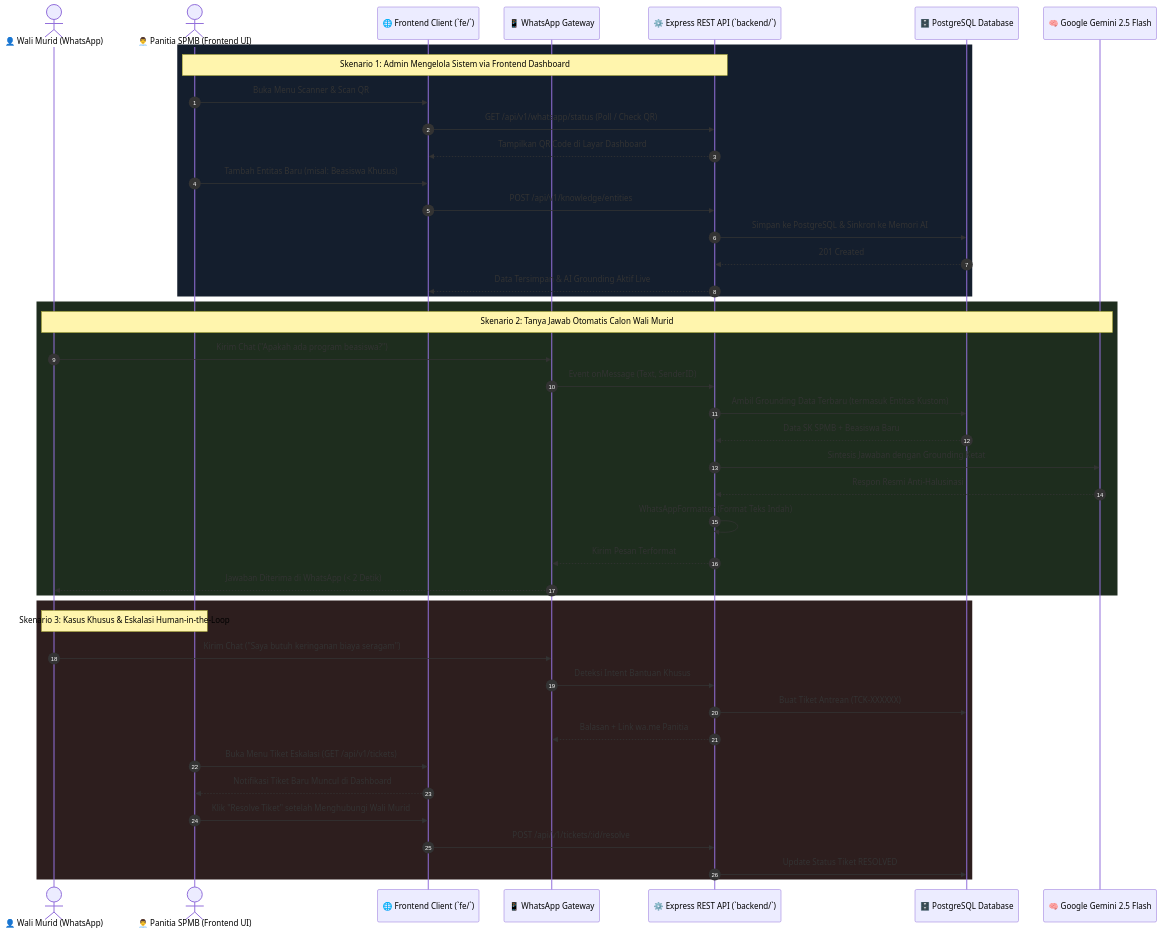
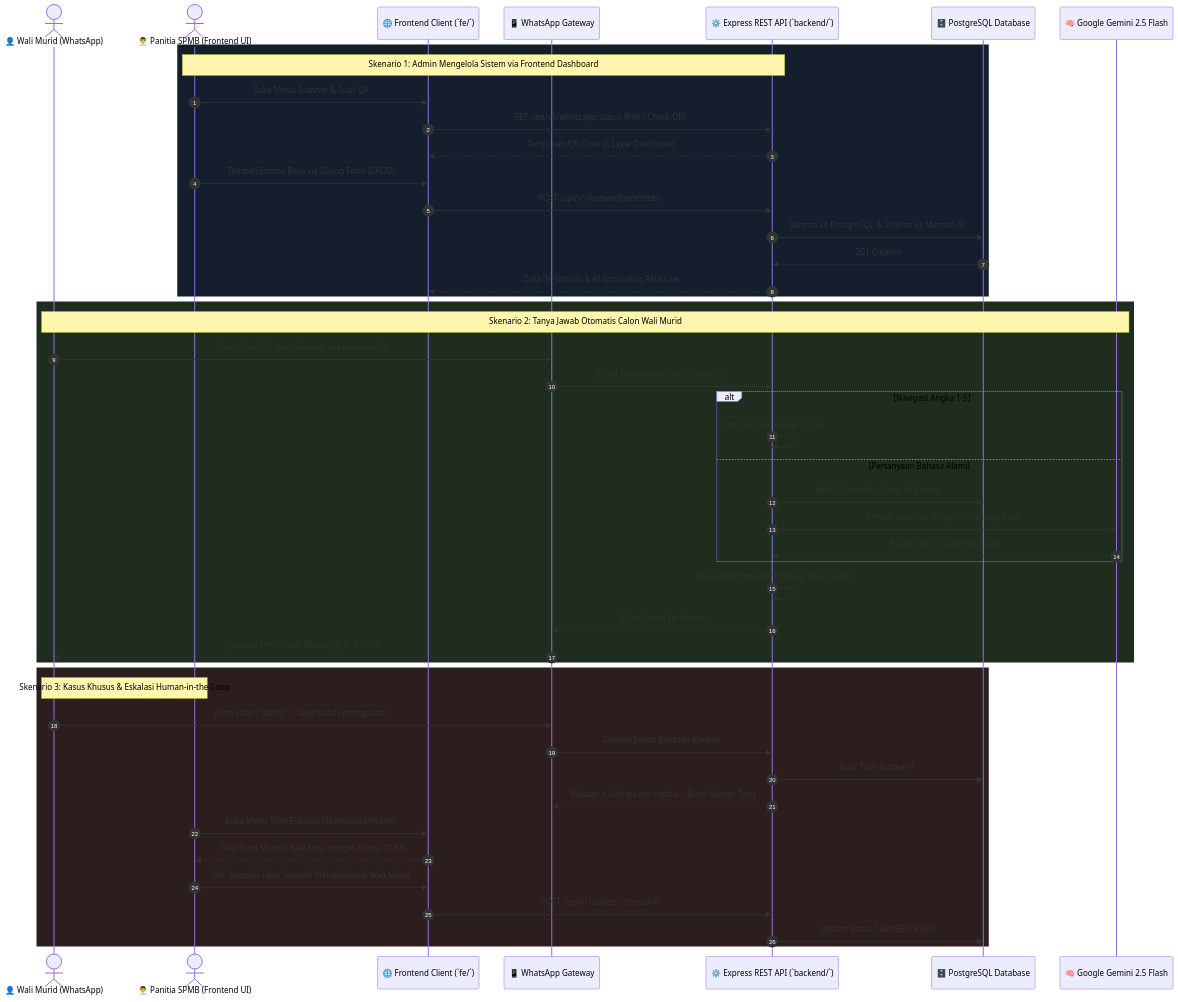
Before and after one commit to akhmadzaqiriyadi/digiDasa: the diagram in README.md, drawn with Mermaid. The commit also changed other lines of this file and 2 other files, not shown here.

Commit message:
docs: update root and frontend README with 4-tier decision architecture, tickets persistence, and quick start guides

````diff
--- a/README.md
+++ b/README.md
@@ -117,49 +151,52 @@
 ```mermaid
 sequenceDiagram
     autonumber
     actor Wali as 👤 Wali Murid (WhatsApp)
     actor Admin as 👨‍💼 Panitia SPMB (Frontend UI)
     participant FE as 🌐 Frontend Client (`fe/`)
     participant WA as 📱 WhatsApp Gateway
     participant API as ⚙️ Express REST API (`backend/`)
     participant DB as 🗄️ PostgreSQL Database
     participant AI as 🧠 Google Gemini 2.5 Flash
 
     rect rgb(20, 30, 45)
         Note over Admin,API: Skenario 1: Admin Mengelola Sistem via Frontend Dashboard
         Admin->>FE: Buka Menu Scanner & Scan QR
         FE->>API: GET /api/v1/whatsapp/status (Poll / Check QR)
         API-->>FE: Tampilkan QR Code di Layar Dashboard
-        Admin->>FE: Tambah Entitas Baru (misal: Beasiswa Khusus)
+        Admin->>FE: Tambah Entitas Baru via Dialog Form (CRUD)
         FE->>API: POST /api/v1/knowledge/entities
         API->>DB: Simpan ke PostgreSQL & Sinkron ke Memori AI
         DB-->>API: 201 Created
         API-->>FE: Data Tersimpan & AI Grounding Aktif Live
     end
 
     rect rgb(30, 45, 30)
         Note over Wali,AI: Skenario 2: Tanya Jawab Otomatis Calon Wali Murid
-        Wali->>WA: Kirim Chat ("Apakah ada program beasiswa?")
+        Wali->>WA: Kirim Chat ("1" atau "Apakah ada beasiswa?")
         WA->>API: Event onMessage (Text, SenderID)
-        API->>DB: Ambil Grounding Data Terbaru (termasuk Entitas Kustom)
-        DB-->>API: Data SK SPMB + Beasiswa Baru
-        API->>AI: Sintesis Jawaban dengan Grounding Ketat
-        AI-->>API: Respon Resmi Anti-Halusinasi
+        alt Navigasi Angka 1-5
+            API->>API: Fast Numeric Router (0 ms)
+        else Pertanyaan Bahasa Alami
+            API->>DB: Ambil Grounding Data SK Resmi
+            API->>AI: Sintesis Jawaban dengan Grounding Ketat
+            AI-->>API: Respon Resmi Anti-Halusinasi
+        end
         API->>API: WhatsAppFormatter (Format Teks Indah)
         API-->>WA: Kirim Pesan Terformat
         WA-->>Wali: Jawaban Diterima di WhatsApp (< 2 Detik)
     end
 
     rect rgb(45, 30, 30)
         Note over Wali,Admin: Skenario 3: Kasus Khusus & Eskalasi Human-in-the-Loop
-        Wali->>WA: Kirim Chat ("Saya butuh keringanan biaya seragam")
+        Wali->>WA: Kirim Chat ("admin" / "saya butuh keringanan")
         WA->>API: Deteksi Intent Bantuan Khusus
-        API->>DB: Buat Tiket Antrean (TCK-XXXXXX)
-        API-->>WA: Balasan + Link wa.me Panitia
-        Admin->>FE: Buka Menu Tiket Eskalasi (GET /api/v1/tickets)
-        FE-->>Admin: Notifikasi Tiket Baru Muncul di Dashboard
+        API->>DB: Buat Tiket Antrean (#TCK-XXXXXX) & Simpan Persisten
+        API-->>WA: Balasan + Link wa.me Panitia + Bukti Nomor Tiket #TCK-XXXXXX
+        Admin->>FE: Buka Menu Tiket Eskalasi (/dashboard/tickets)
+        FE-->>Admin: Tiket Baru Muncul Real-time dengan Status OPEN
         Admin->>FE: Klik "Resolve Tiket" setelah Menghubungi Wali Murid
         FE->>API: POST /api/v1/tickets/:id/resolve
         API->>DB: Update Status Tiket RESOLVED
     end
 ```
````
